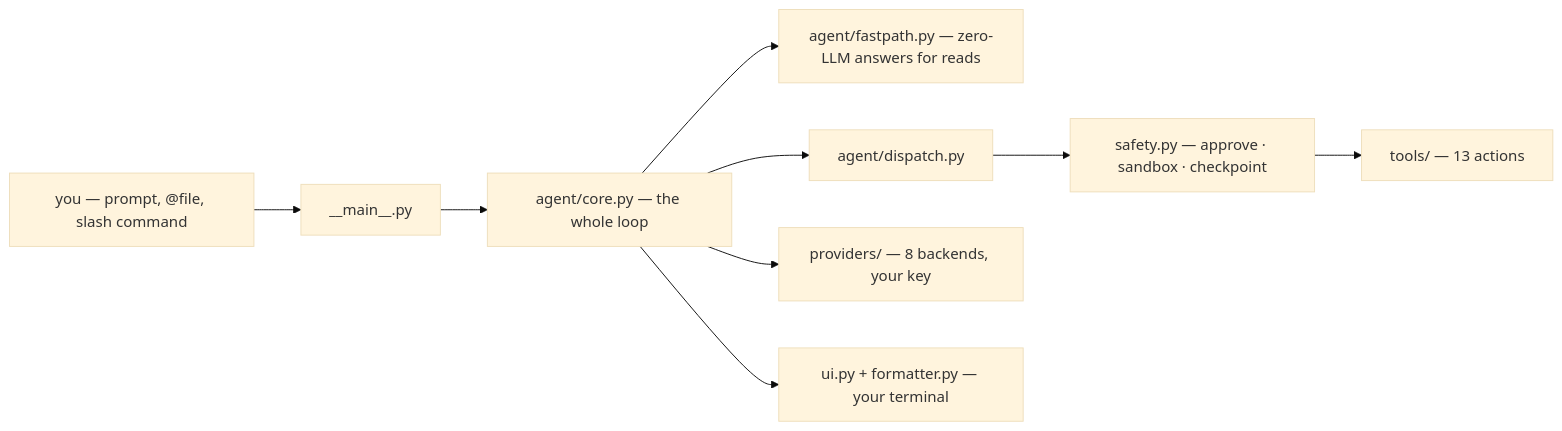
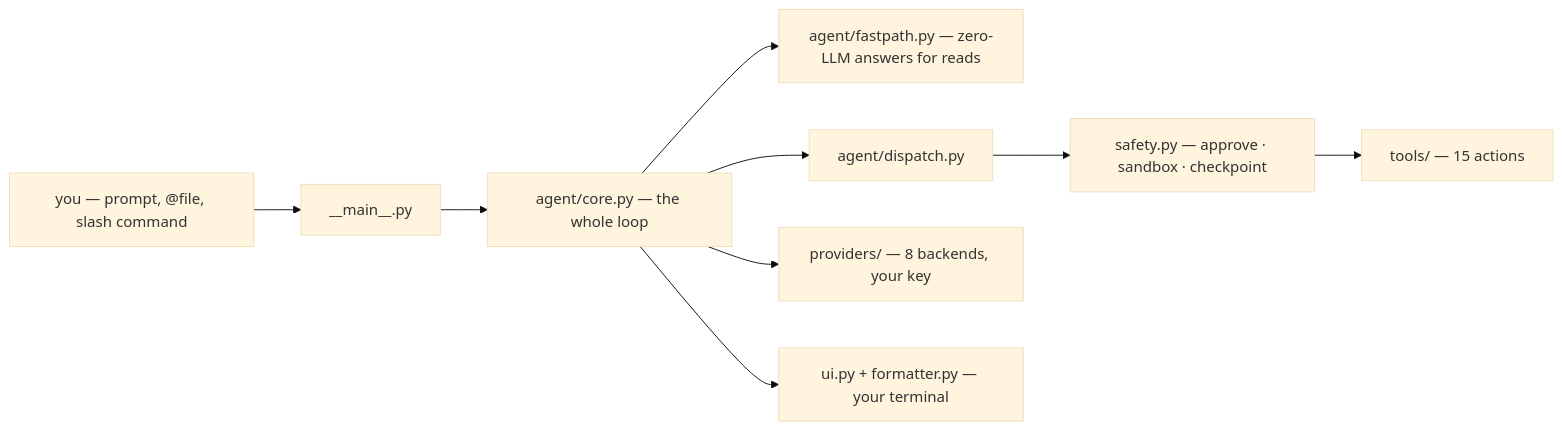
One commit to binaryCoder-101/hazzel changed the diagram in README.md. Above: the diagram before and after it, drawn with Mermaid (base theme). The commit also changed other lines of this file, not shown here.

````diff
--- a/README.md
+++ b/README.md
@@ -76,11 +68,11 @@
 ```mermaid
 flowchart LR
     you["you — prompt, @file, slash command"] --> repl["__main__.py"]
     repl --> loop["agent/core.py — the whole loop"]
     loop --> fast["agent/fastpath.py — zero-LLM answers for reads"]
     loop --> dispatch["agent/dispatch.py"]
     dispatch --> gate["safety.py — approve · sandbox · checkpoint"]
-    gate --> tools["tools/ — 13 actions"]
+    gate --> tools["tools/ — 15 actions"]
     loop --> llm["providers/ — 8 backends, your key"]
     loop --> term["ui.py + formatter.py — your terminal"]
 ```
````
